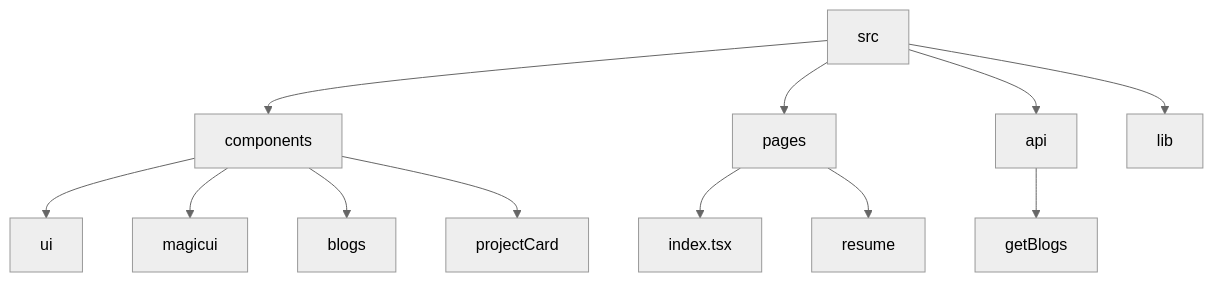
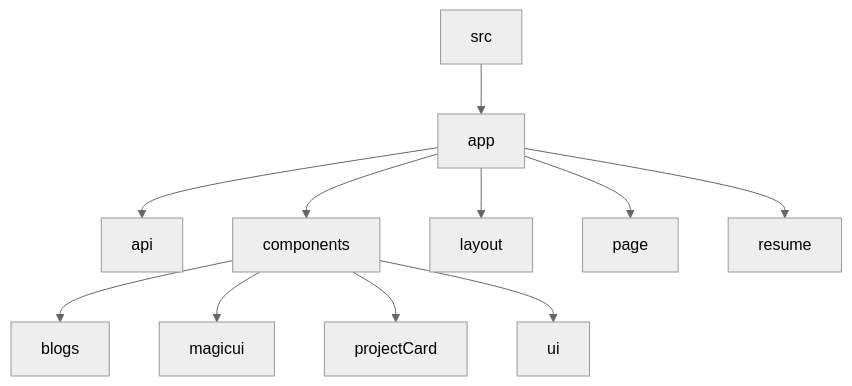
The diagram in README.md (abhraneeldhar7/portfolio), drawn with Mermaid (neutral theme) before and after one commit. The commit also changed other lines of this file, not shown here.

````diff
--- a/README.md
+++ b/README.md
@@ -39,14 +29,13 @@
 ```mermaid
 graph TD;
-  src-->components;
-  src-->pages;
-  src-->api;
-  src-->lib;
-  components-->ui;
-  components-->magicui;
-  components-->blogs;
-  components-->projectCard;
-  pages-->index.tsx;
-  pages-->resume;
-  api-->getBlogs;
+src-->app;
+app-->api;
+app-->components;
+app-->layout;
+app-->page;
+app-->resume;
+components-->blogs;
+components-->magicui;
+components-->projectCard;
+components-->ui;
 ```
````
